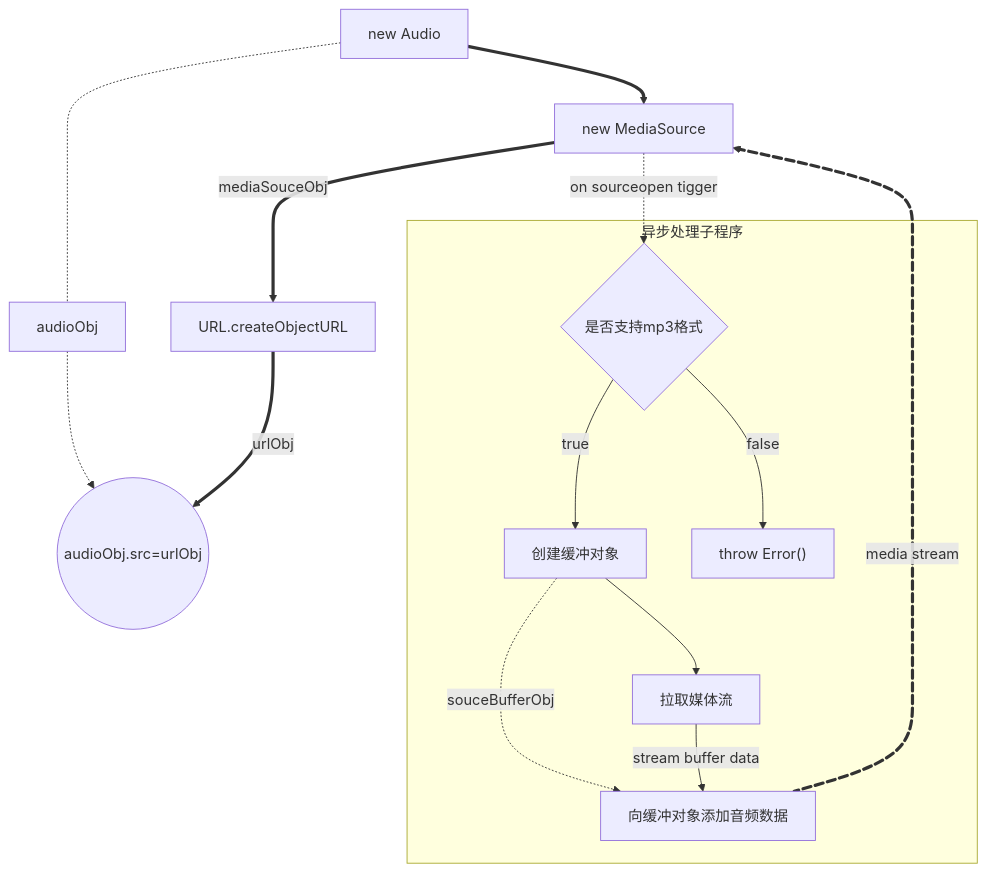
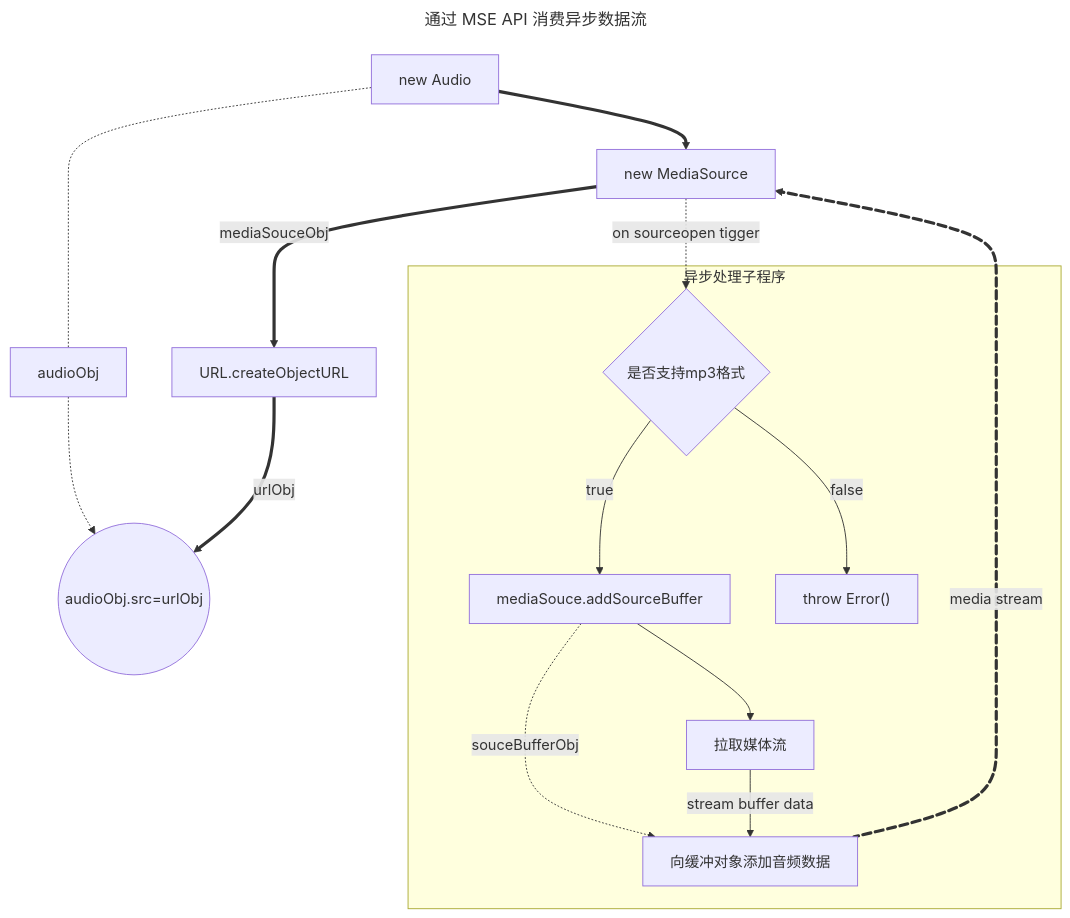
One commit to superAlibi/notes changed the second of 5 diagrams in notes/blogs/web_media/audio_api.md. Above: the diagram before and after it, drawn with Mermaid. The commit also changed other lines of this file and 4 other files, not shown here.

````diff
--- a/notes/blogs/web_media/audio_api.md
+++ b/notes/blogs/web_media/audio_api.md
@@ -188,18 +243,21 @@
 ```mermaid
+---
+title: 通过 MSE API 消费异步数据流
+---
 graph TB
   Audio[new Audio]-.- audioObj -.-> out
   Audio==>s
   s[new MediaSource]==>|mediaSouceObj|URL[URL.createObjectURL]
   s-.->|on sourceopen tigger|support
   URL==>|urlObj| out(("audioObj.src=urlObj"))
   subgraph 异步处理子程序
-    support{"是否支持mp3格式"} -- true --> createBuffer["创建缓冲对象"]
+    support{"是否支持mp3格式"} -- true --> createBuffer["mediaSouce.addSourceBuffer"]
     createBuffer-.->|souceBufferObj|pushBuffer
     createBuffer-->fetchStream[拉取媒体流]
     fetchStream-->|stream buffer data|pushBuffer[向缓冲对象添加音频数据]
     support -- false --> Error["throw Error()"]
     
   end
   pushBuffer stream@==>|media stream|s
   stream@{ animate: true }
 ```
````
